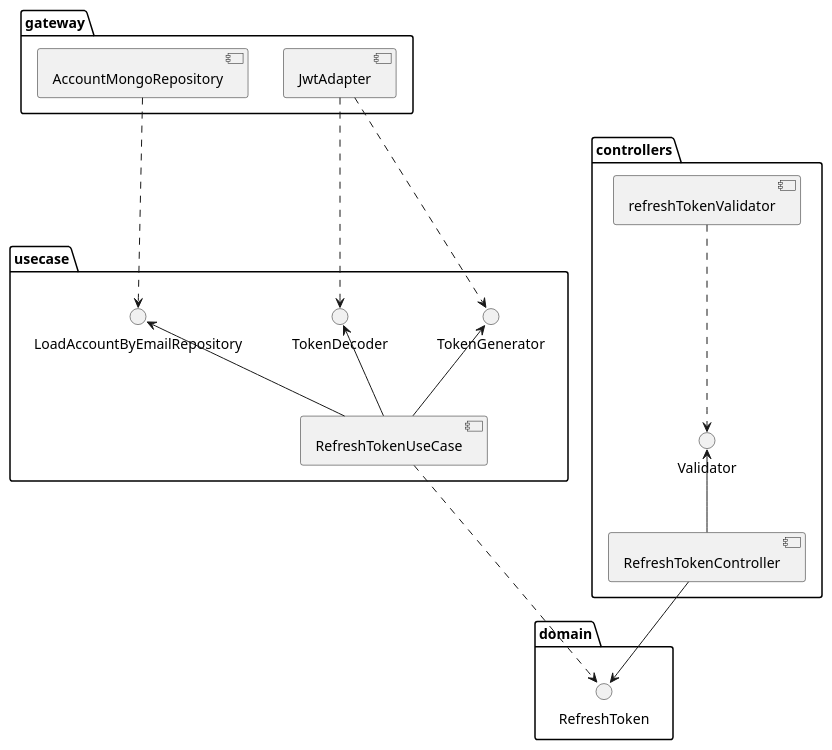
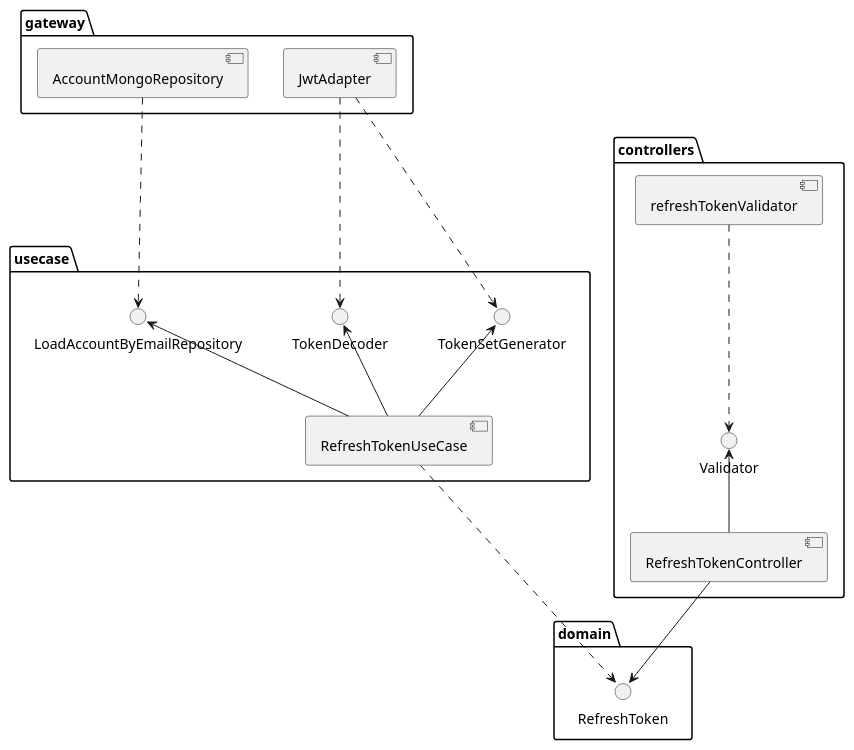
Before and after one commit to pcandido/ms-account: the diagram in docs/refresh-token.puml, drawn with PlantUML. The commit also changed 12 other files, not shown here.

Commit message:
refactor: rename tokenGenerator to tokenSetGenerator

```diff
--- a/docs/refresh-token.puml
+++ b/docs/refresh-token.puml
@@ -1,29 +1,29 @@
 @startuml "refresh-token"
 
 package controllers {
     [RefreshTokenController] -up-> () Validator
     [refreshTokenValidator] -.-> () Validator
 }
 
 package domain {
     () RefreshToken
 }
 
 package usecase {
     () LoadAccountByEmailRepository <-- [RefreshTokenUseCase]
     () TokenDecoder <-- [RefreshTokenUseCase]
-    () TokenGenerator <-- [RefreshTokenUseCase]
+    () TokenSetGenerator <-- [RefreshTokenUseCase]
 }
 
 package gateway {
     [AccountMongoRepository]
     [JwtAdapter]
 }
 
 RefreshTokenController --> RefreshToken
 RefreshTokenUseCase -.-> RefreshToken
 AccountMongoRepository -.-> LoadAccountByEmailRepository
 JwtAdapter -.-> TokenDecoder
-JwtAdapter -.-> TokenGenerator
+JwtAdapter -.-> TokenSetGenerator
 
 @enduml
```
